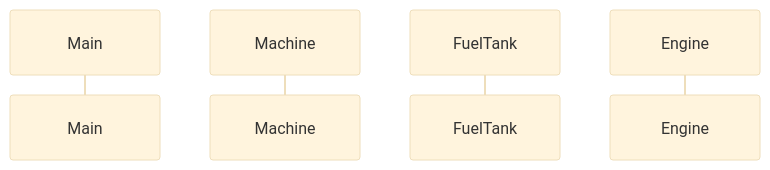
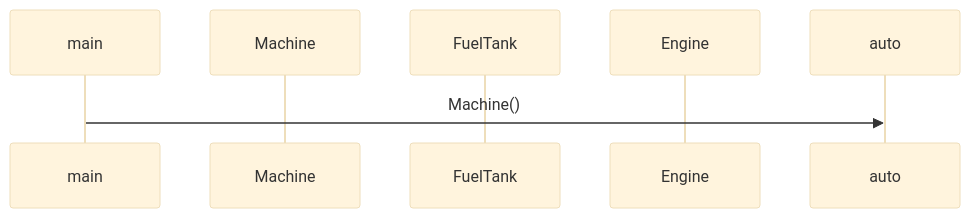
Before and after one commit to VilleJuhan1/ot-harjoitustyo: the diagram in laskarit/viikko3/sekvenssikaavio.md, drawn with Mermaid (base theme).

Commit message:
sekvenssiä

````diff
--- a/laskarit/viikko3/sekvenssikaavio.md
+++ b/laskarit/viikko3/sekvenssikaavio.md
@@ -3,9 +3,11 @@
 ```mermaid
 sequenceDiagram
 
-    participant Main
+    participant main
     participant Machine
     participant FuelTank
     participant Engine
 
+    main->>auto: Machine()
+
 ```
````
